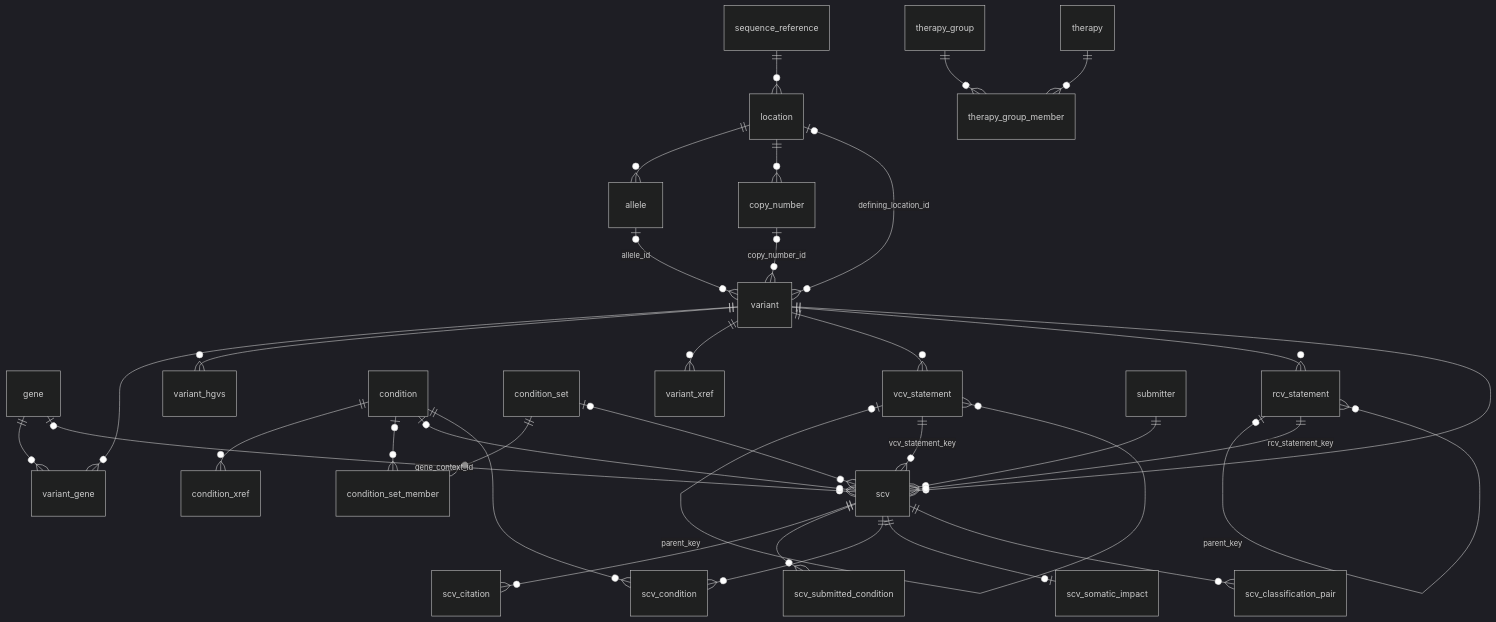
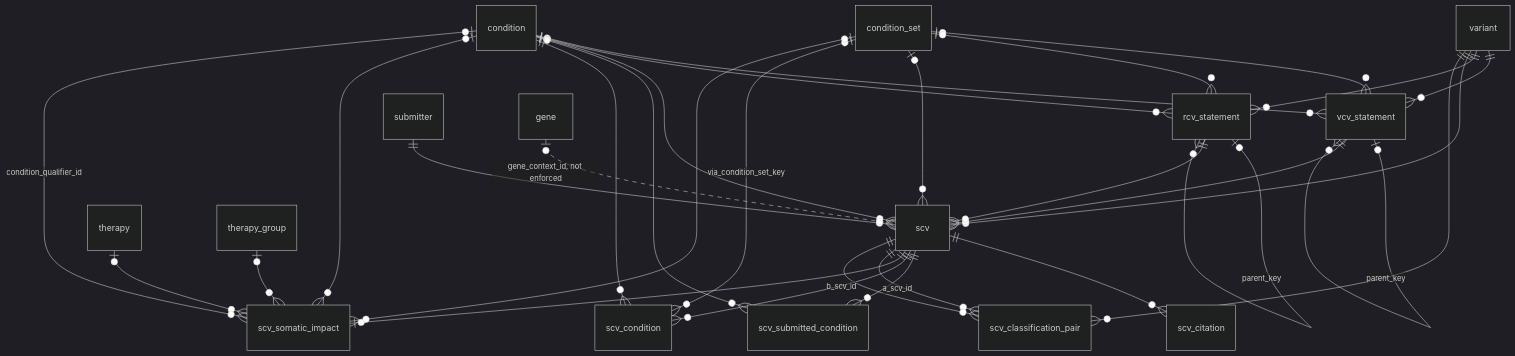
Before and after one commit to clingen-data-model/clinvar-gkm-browser: the third of 3 diagrams in docs/schema.md, drawn with Mermaid (dark theme). The commit also changed other lines of this file and 4 other files, not shown here.

First line of the commit message:
Schema diagrams: upstream and derived side by side, the derived ones generated from schema.sql

````diff
--- a/docs/schema.md
+++ b/docs/schema.md
@@ -64,35 +101,33 @@
 ```mermaid
 erDiagram
-  sequence_reference ||--o{ location : ""
-  location ||--o{ allele : ""
-  location ||--o{ copy_number : ""
-  allele |o--o{ variant : "allele_id"
-  copy_number |o--o{ variant : "copy_number_id"
-  location |o--o{ variant : "defining_location_id"
-  variant ||--o{ variant_gene : ""
-  gene ||--o{ variant_gene : ""
-  variant ||--o{ variant_hgvs : ""
-  variant ||--o{ variant_xref : ""
-  condition ||--o{ condition_xref : ""
-  condition_set ||--o{ condition_set_member : ""
-  condition |o--o{ condition_set_member : ""
-  therapy_group ||--o{ therapy_group_member : ""
-  therapy ||--o{ therapy_group_member : ""
   variant ||--o{ vcv_statement : ""
   vcv_statement |o--o{ vcv_statement : "parent_key"
+  condition |o--o{ vcv_statement : ""
+  condition_set |o--o{ vcv_statement : ""
   variant ||--o{ rcv_statement : ""
   rcv_statement |o--o{ rcv_statement : "parent_key"
+  condition |o--o{ rcv_statement : ""
+  condition_set |o--o{ rcv_statement : ""
   variant ||--o{ scv : ""
   submitter ||--o{ scv : ""
-  gene |o--o{ scv : "gene_context_id"
   condition |o--o{ scv : ""
   condition_set |o--o{ scv : ""
-  vcv_statement ||--o{ scv : "vcv_statement_key"
-  rcv_statement ||--o{ scv : "rcv_statement_key"
+  gene |o..o{ scv : "gene_context_id, not enforced"
+  vcv_statement ||--o{ scv : ""
+  rcv_statement ||--o{ scv : ""
   scv ||--o{ scv_citation : ""
   scv ||--o{ scv_submitted_condition : ""
+  condition |o--o{ scv_submitted_condition : ""
   scv ||--o{ scv_condition : ""
   condition ||--o{ scv_condition : ""
+  condition_set |o--o{ scv_condition : "via_condition_set_key"
   scv ||--o| scv_somatic_impact : ""
-  scv ||--o{ scv_classification_pair : ""
+  condition |o--o{ scv_somatic_impact : ""
+  condition_set |o--o{ scv_somatic_impact : ""
+  therapy |o--o{ scv_somatic_impact : ""
+  therapy_group |o--o{ scv_somatic_impact : ""
+  condition |o--o{ scv_somatic_impact : "condition_qualifier_id"
+  scv ||--o{ scv_classification_pair : "a_scv_id"
+  scv ||--o{ scv_classification_pair : "b_scv_id"
+  variant ||--o{ scv_classification_pair : ""
 ```
````
